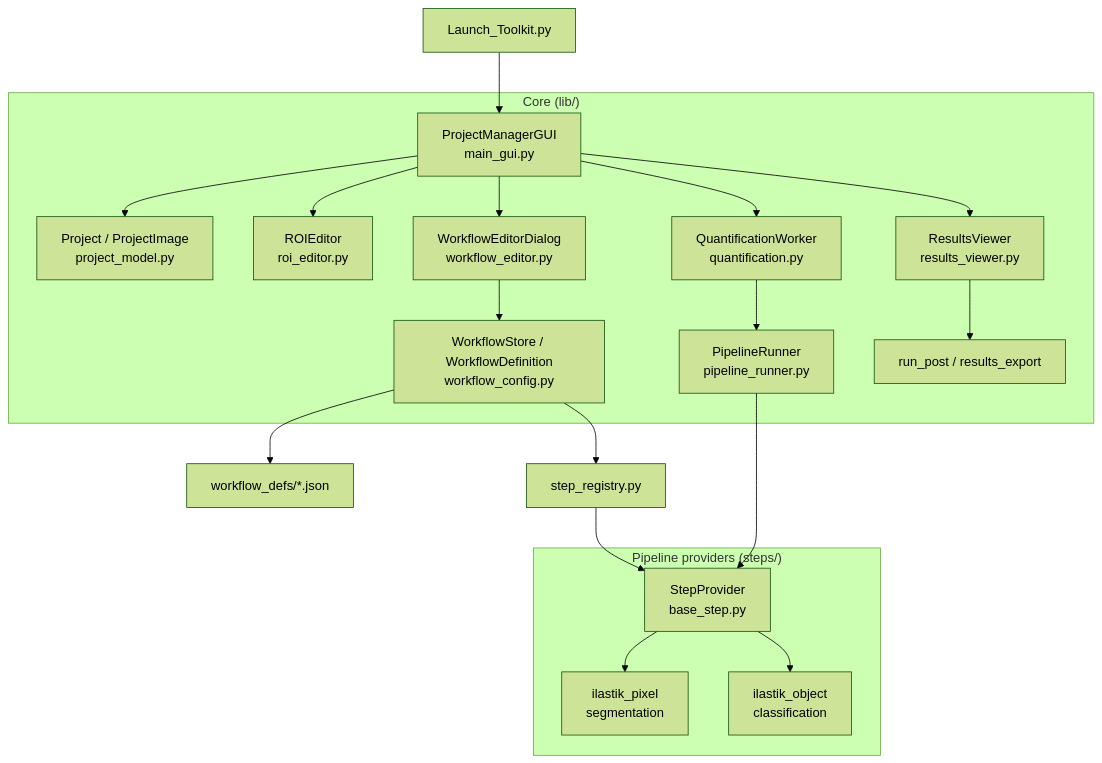
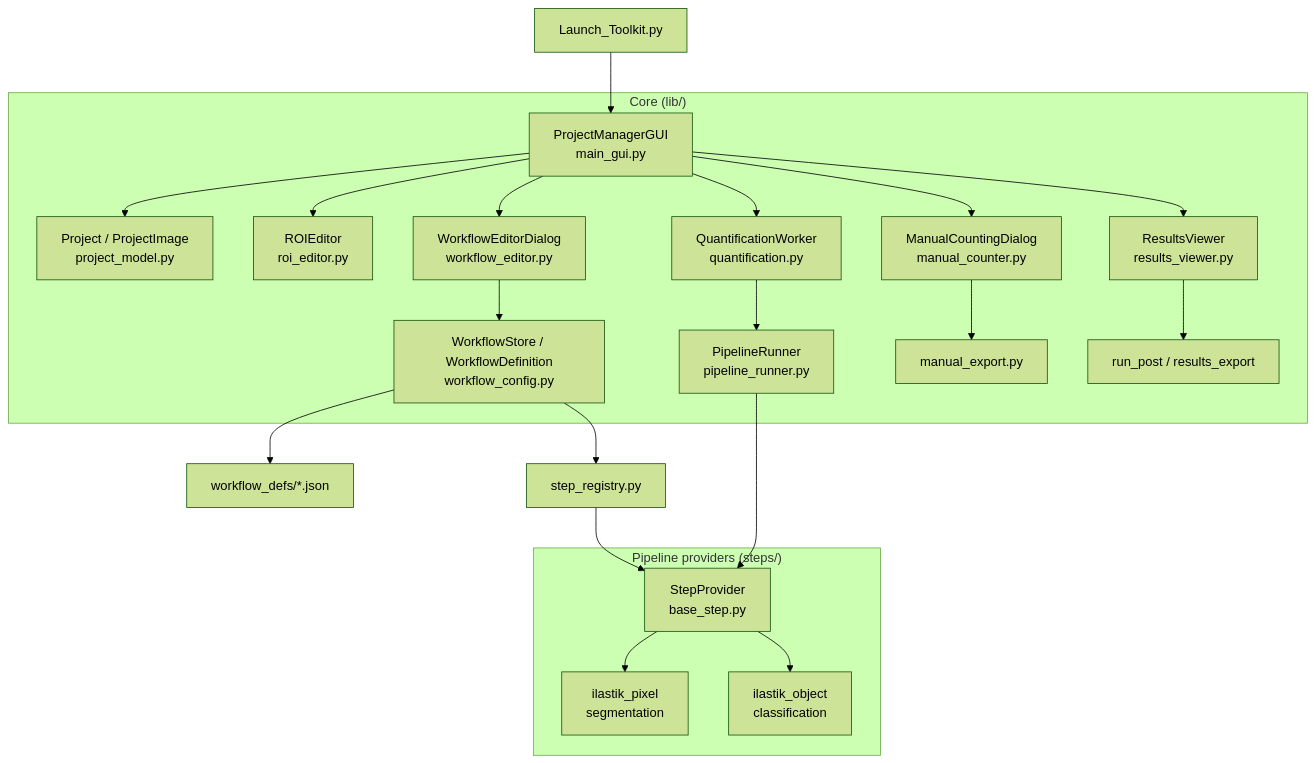
One commit to mrallred/Cell-Quantification-Toolkit changed the diagram in docs/architecture.md. Above: the diagram before and after it, drawn with Mermaid (forest theme). The commit also changed other lines of this file and 18 other files, not shown here.

````diff
--- a/docs/architecture.md
+++ b/docs/architecture.md
@@ -49,26 +70,28 @@
 ```mermaid
 graph TD
     A[Launch_Toolkit.py] --> B[ProjectManagerGUI<br/>main_gui.py]
 
     subgraph "Core (lib/)"
         B --> C[Project / ProjectImage<br/>project_model.py]
         B --> D[ROIEditor<br/>roi_editor.py]
         B --> E[WorkflowEditorDialog<br/>workflow_editor.py]
         B --> F[QuantificationWorker<br/>quantification.py]
+        B --> M2[ManualCountingDialog<br/>manual_counter.py]
         B --> G[ResultsViewer<br/>results_viewer.py]
         E --> H[WorkflowStore / WorkflowDefinition<br/>workflow_config.py]
         F --> I[PipelineRunner<br/>pipeline_runner.py]
         G --> J[run_post / results_export]
+        M2 --> M3[manual_export.py]
     end
 
     subgraph "Pipeline providers (steps/)"
         K[StepProvider<br/>base_step.py]
         K --> L[ilastik_pixel<br/>segmentation]
         K --> M[ilastik_object<br/>classification]
     end
 
     H --> N[workflow_defs/*.json]
     I --> K
     R[step_registry.py] --> K
     H --> R
 ```
````
